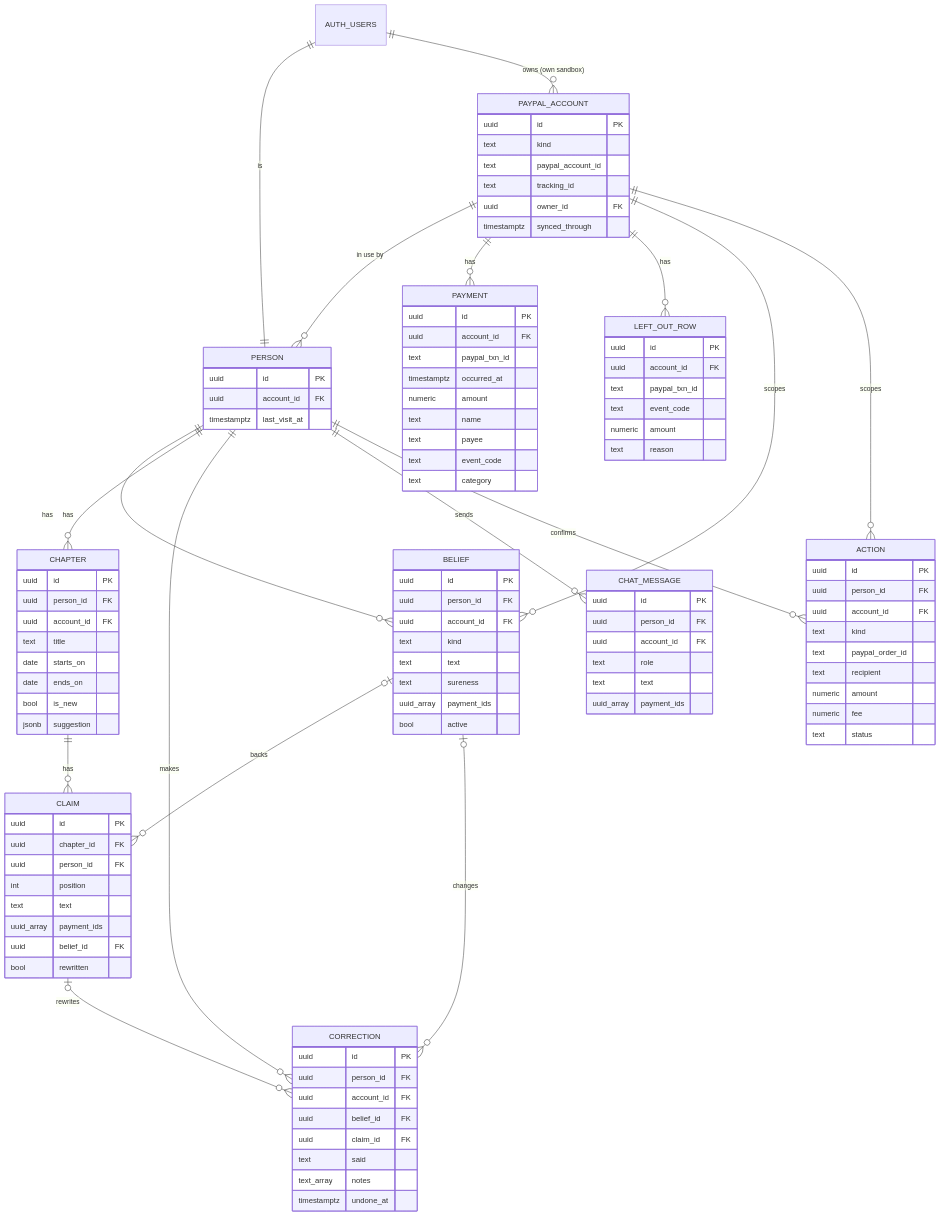
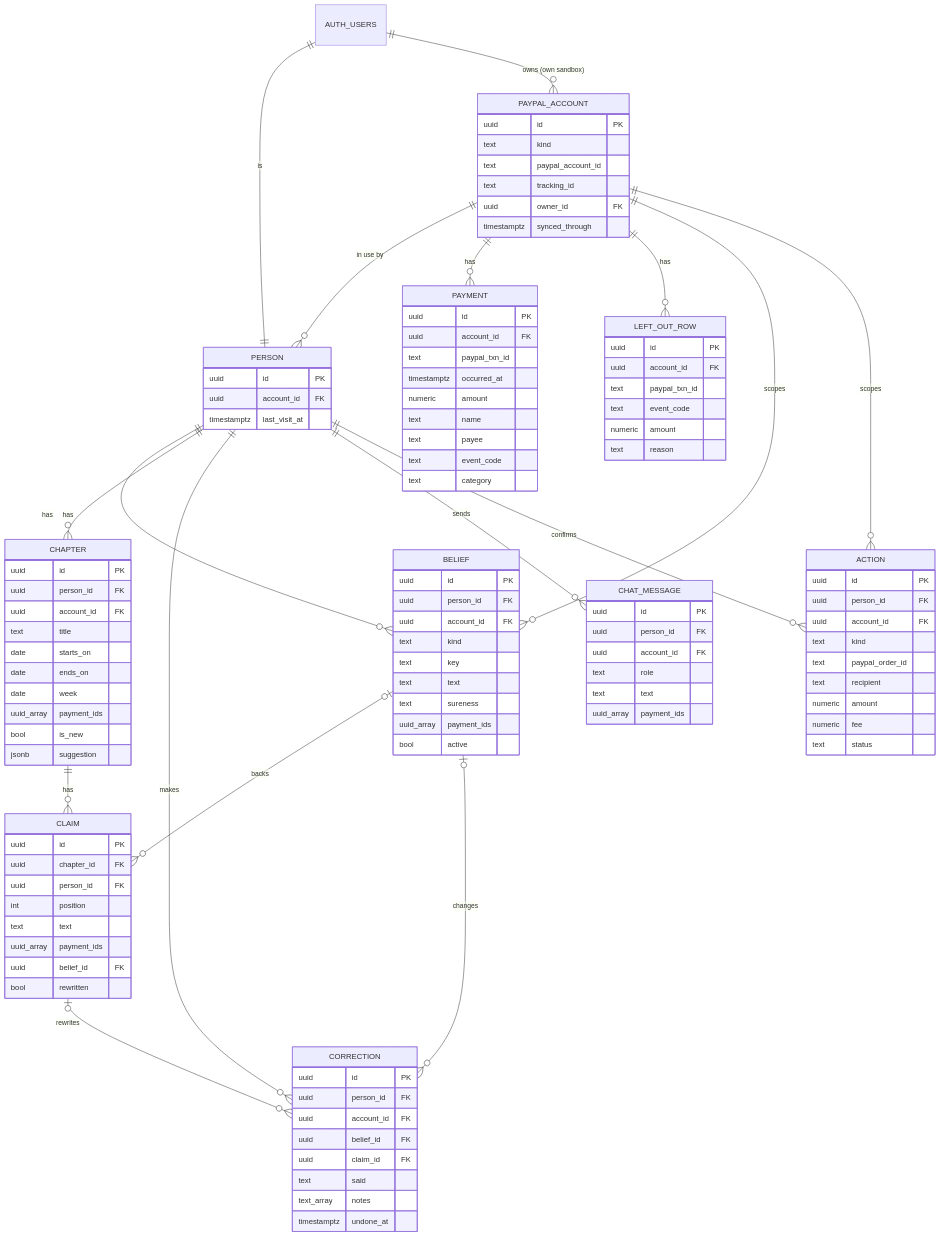
Before and after one commit to ervhint/paypal-soul: the diagram in docs/PLAN.md, drawn with Mermaid. The commit also changed other lines of this file and 14 other files, not shown here.

```diff
--- a/docs/PLAN.md
+++ b/docs/PLAN.md
@@ -197,6 +197,7 @@
     uuid person_id FK
     uuid account_id FK
     text kind
+    text key
     text text
     text sureness
     uuid_array payment_ids
@@ -209,6 +210,8 @@
     text title
     date starts_on
     date ends_on
+    date week
+    uuid_array payment_ids
     bool is_new
     jsonb suggestion
   }
```
